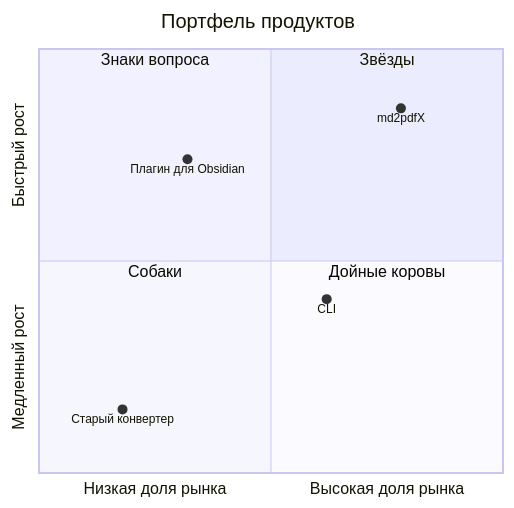
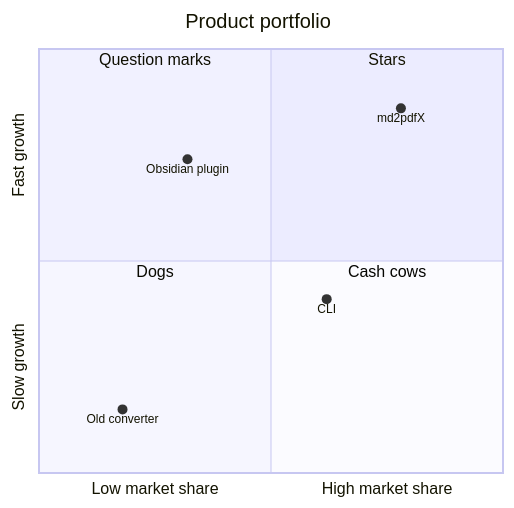
The fourth of 9 diagrams in examples/charts.md (Kseen715/md2pdfX), drawn with Mermaid before and after one commit. The commit also changed other lines of this file and 25 other files, not shown here.

````diff
--- a/examples/charts.md
+++ b/examples/charts.md
@@ -57,14 +57,14 @@
 ```mermaid
 quadrantChart
-    title Портфель продуктов
-    x-axis Низкая доля рынка --> Высокая доля рынка
-    y-axis Медленный рост --> Быстрый рост
-    quadrant-1 Звёзды
-    quadrant-2 Знаки вопроса
-    quadrant-3 Собаки
-    quadrant-4 Дойные коровы
+    title Product portfolio
+    x-axis Low market share --> High market share
+    y-axis Slow growth --> Fast growth
+    quadrant-1 Stars
+    quadrant-2 Question marks
+    quadrant-3 Dogs
+    quadrant-4 Cash cows
     md2pdfX: [0.78, 0.86]
-    Плагин для Obsidian: [0.32, 0.74]
+    Obsidian plugin: [0.32, 0.74]
     CLI: [0.62, 0.41]
-    Старый конвертер: [0.18, 0.15]
+    Old converter: [0.18, 0.15]
 ```
````
